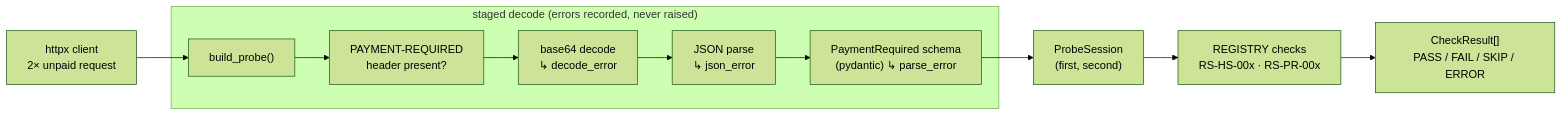
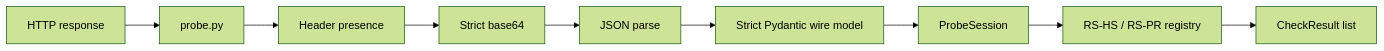
One commit to moped2110/x402-conformance changed the second of 3 diagrams in docs/architecture.md. Above: the diagram before and after it, drawn with Mermaid (forest theme). The commit also changed other lines of this file and 59 other files, not shown here.

````diff
--- a/docs/architecture.md
+++ b/docs/architecture.md
@@ -50,15 +52,11 @@
 ```mermaid
 flowchart LR
-    A["httpx client<br/>2× unpaid request"] --> B["build_probe()"]
-
-    subgraph decode["staged decode (errors recorded, never raised)"]
-        B --> C["PAYMENT-REQUIRED<br/>header present?"]
-        C --> D["base64 decode<br/>↳ decode_error"]
-        D --> E["JSON parse<br/>↳ json_error"]
-        E --> F["PaymentRequired schema<br/>(pydantic) ↳ parse_error"]
-    end
-
-    F --> G["ProbeSession<br/>(first, second)"]
-    G --> H["REGISTRY checks<br/>RS-HS-00x · RS-PR-00x"]
-    H --> I["CheckResult[]<br/>PASS / FAIL / SKIP / ERROR"]
+    A["HTTP response"] --> B["probe.py"]
+    B --> C["Header presence"]
+    C --> D["Strict base64"]
+    D --> E["JSON parse"]
+    E --> F["Strict Pydantic wire model"]
+    F --> G["ProbeSession"]
+    G --> H["RS-HS / RS-PR registry"]
+    H --> I["CheckResult list"]
 ```
````
